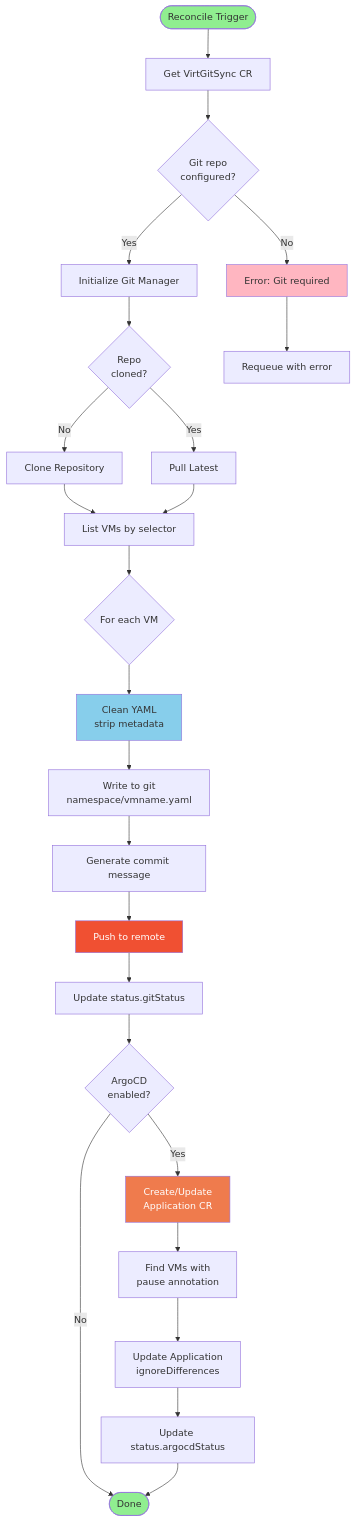
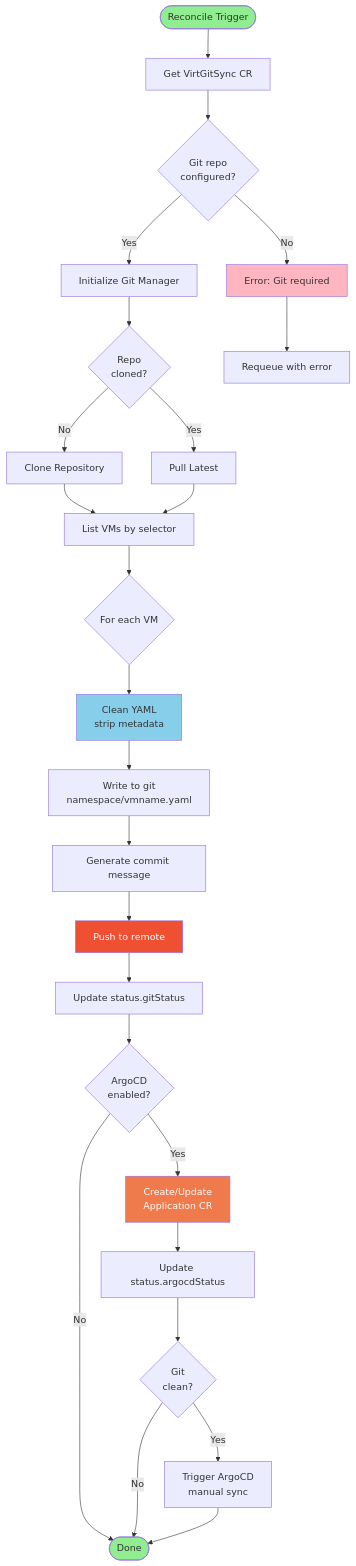
One commit to mathianasj/virt-git-sync changed the third of 4 diagrams in docs/architecture.md. Above: the diagram before and after it, drawn with Mermaid. The commit also changed other lines of this file and 8 other files, not shown here.

First line of the commit message:
Remove pause annotation functionality

````diff
--- a/docs/architecture.md
+++ b/docs/architecture.md
@@ -99,42 +85,43 @@
 ```mermaid
 flowchart TD
     Start([Reconcile Trigger]) --> GetVGS[Get VirtGitSync CR]
     GetVGS --> CheckGit{Git repo<br/>configured?}
     
     CheckGit -->|No| Error1[Error: Git required]
     CheckGit -->|Yes| InitGit[Initialize Git Manager]
     
     InitGit --> Clone{Repo<br/>cloned?}
     Clone -->|No| DoClone[Clone Repository]
     Clone -->|Yes| DoPull[Pull Latest]
     
     DoClone --> ListVMs
     DoPull --> ListVMs
     
     ListVMs[List VMs by selector] --> ProcessVMs{For each VM}
     
     ProcessVMs --> CleanYAML[Clean YAML<br/>strip metadata]
     CleanYAML --> WriteFile[Write to git<br/>namespace/vmname.yaml]
     WriteFile --> Commit[Generate commit message]
     Commit --> Push[Push to remote]
     Push --> UpdateGitStatus[Update status.gitStatus]
     
     UpdateGitStatus --> CheckArgo{ArgoCD<br/>enabled?}
     
     CheckArgo -->|No| Done
     CheckArgo -->|Yes| CreateApp[Create/Update<br/>Application CR]
     
-    CreateApp --> FindPaused[Find VMs with<br/>pause annotation]
-    FindPaused --> UpdateIgnore[Update Application<br/>ignoreDifferences]
-    UpdateIgnore --> UpdateArgoStatus[Update status.argocdStatus]
-    UpdateArgoStatus --> Done([Done])
+    CreateApp --> UpdateArgoStatus[Update status.argocdStatus]
+    UpdateArgoStatus --> CheckClean{Git<br/>clean?}
+    CheckClean -->|No| Done
+    CheckClean -->|Yes| TriggerSync[Trigger ArgoCD<br/>manual sync]
+    TriggerSync --> Done([Done])
     
     Error1 --> Requeue[Requeue with error]
     
     style Start fill:#90EE90
     style Done fill:#90EE90
     style Error1 fill:#FFB6C1
     style CleanYAML fill:#87CEEB
     style Push fill:#f05032,color:#fff
     style CreateApp fill:#ef7b4d,color:#fff
 ```
````
